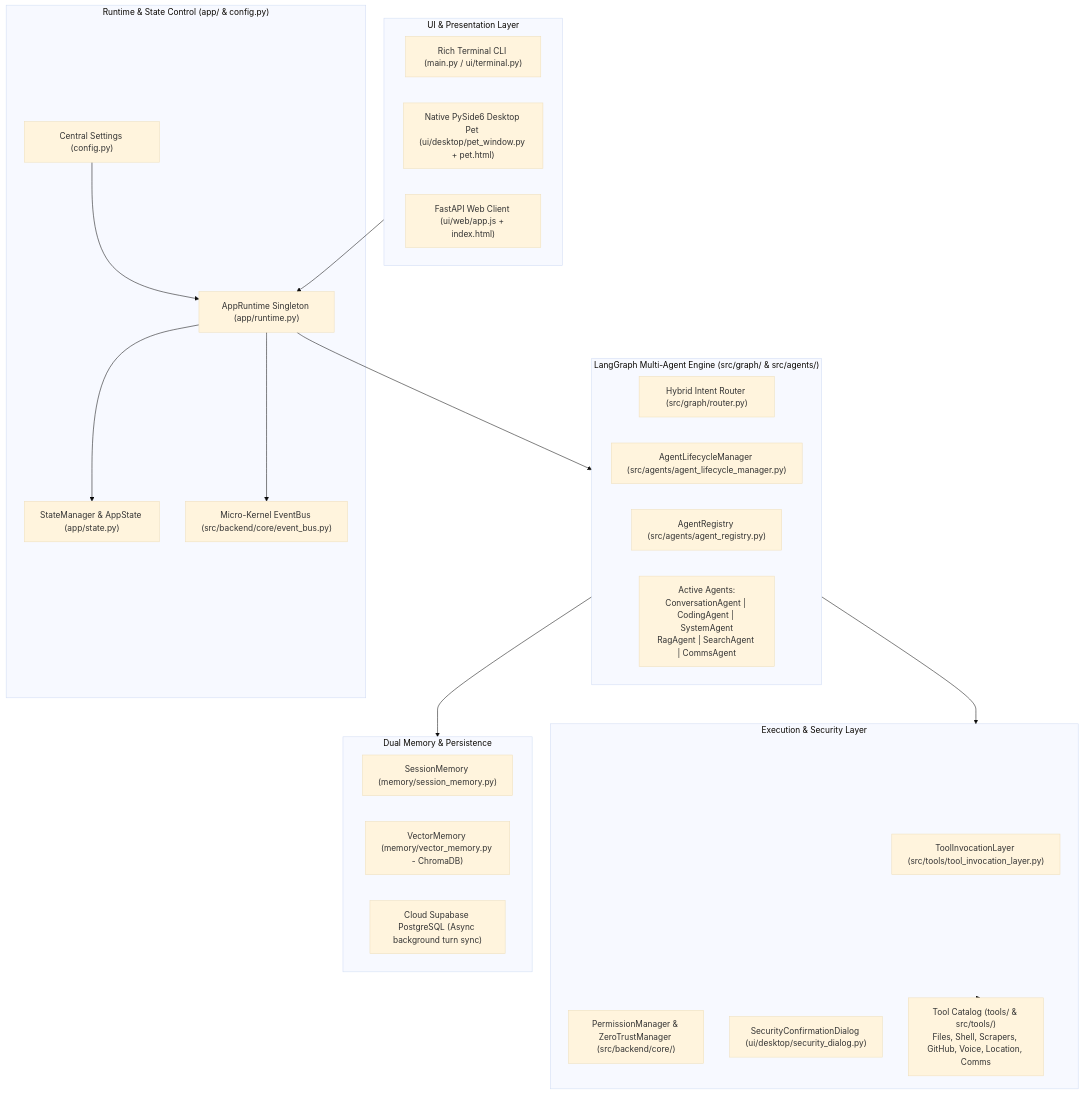
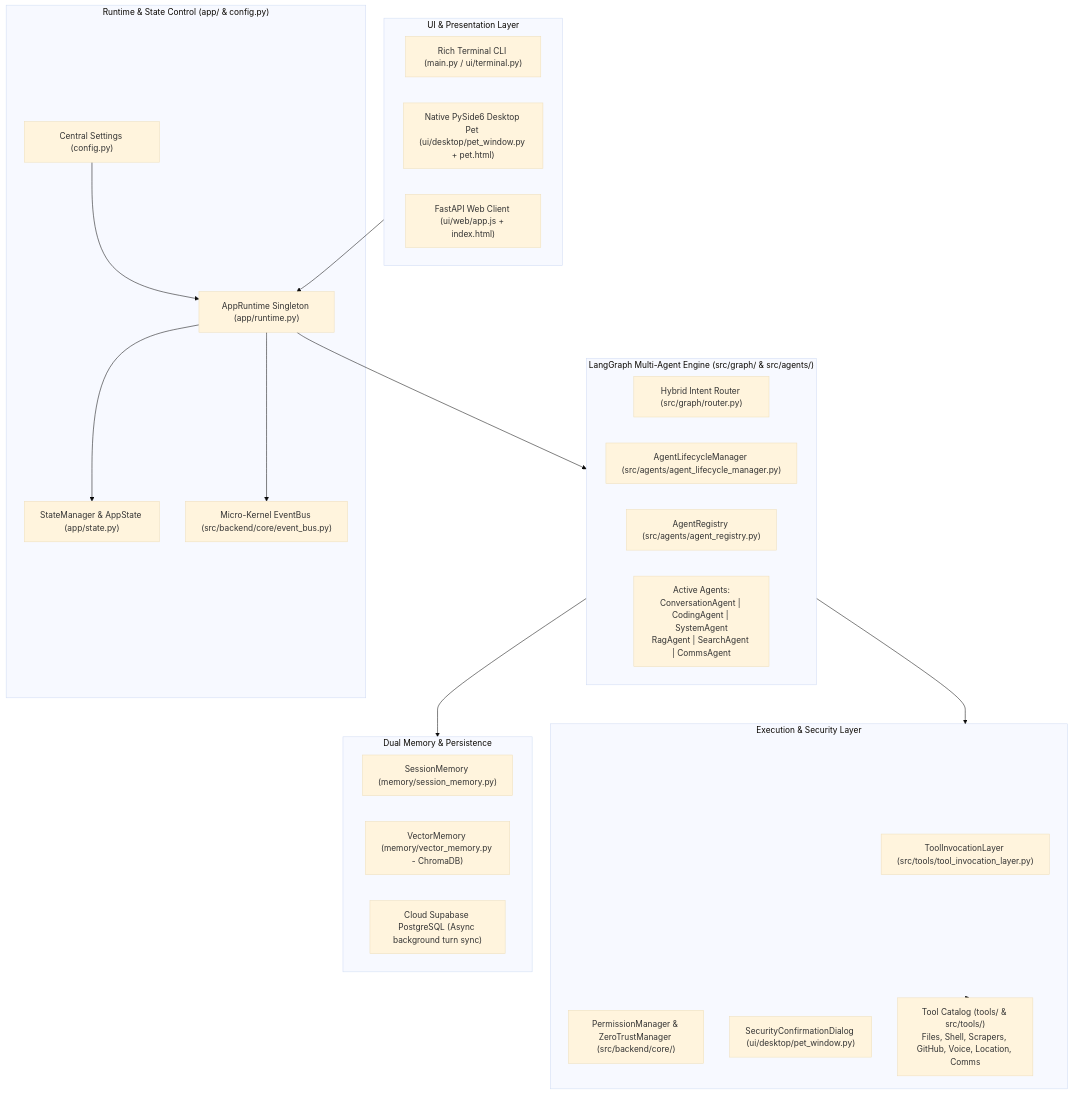
Before and after one commit to adil1378/captain-AI-assistant: the first of 2 diagrams in captain_docs/03_ARCHITECTURE.md, drawn with Mermaid (base theme). The commit also changed 5 other files, not shown here.

````diff
--- a/captain_docs/03_ARCHITECTURE.md
+++ b/captain_docs/03_ARCHITECTURE.md
@@ -13,43 +13,43 @@
 ```mermaid
 flowchart TD
     subgraph UI_Surface ["UI & Presentation Layer"]
         CLI["Rich Terminal CLI (main.py / ui/terminal.py)"]
         PET["Native PySide6 Desktop Pet (ui/desktop/pet_window.py + pet.html)"]
         WEB["FastAPI Web Client (ui/web/app.js + index.html)"]
     end
 
     subgraph Runtime_Core ["Runtime & State Control (app/ & config.py)"]
         CONF["Central Settings (config.py)"]
         RUN["AppRuntime Singleton (app/runtime.py)"]
         STATE["StateManager & AppState (app/state.py)"]
         BUS["Micro-Kernel EventBus (src/backend/core/event_bus.py)"]
     end
 
     subgraph Multi_Agent_Brain ["LangGraph Multi-Agent Engine (src/graph/ & src/agents/)"]
         ROUTER["Hybrid Intent Router (src/graph/router.py)"]
         LIFECYCLE["AgentLifecycleManager (src/agents/agent_lifecycle_manager.py)"]
         REGISTRY["AgentRegistry (src/agents/agent_registry.py)"]
         AGENTS["Active Agents:\nConversationAgent | CodingAgent | SystemAgent\nRagAgent | SearchAgent | CommsAgent"]
     end
 
     subgraph Tool_Security ["Execution & Security Layer"]
         TIL["ToolInvocationLayer (src/tools/tool_invocation_layer.py)"]
         PERM["PermissionManager & ZeroTrustManager (src/backend/core/)"]
-        SEC_UI["SecurityConfirmationDialog (ui/desktop/security_dialog.py)"]
+        SEC_UI["SecurityConfirmationDialog (ui/desktop/pet_window.py)"]
         TOOLS["Tool Catalog (tools/ & src/tools/)\nFiles, Shell, Scrapers, GitHub, Voice, Location, Comms"]
     end
 
     subgraph Memory_Layer ["Dual Memory & Persistence"]
         SESS["SessionMemory (memory/session_memory.py)"]
         VEC["VectorMemory (memory/vector_memory.py - ChromaDB)"]
         SUPA["Cloud Supabase PostgreSQL (Async background turn sync)"]
     end
 
     UI_Surface --> RUN
     CONF --> RUN
     RUN --> STATE & BUS
     RUN --> Multi_Agent_Brain
     Multi_Agent_Brain --> Tool_Security
     Tool_Security --> TOOLS
     Multi_Agent_Brain --> Memory_Layer
 ```
````
